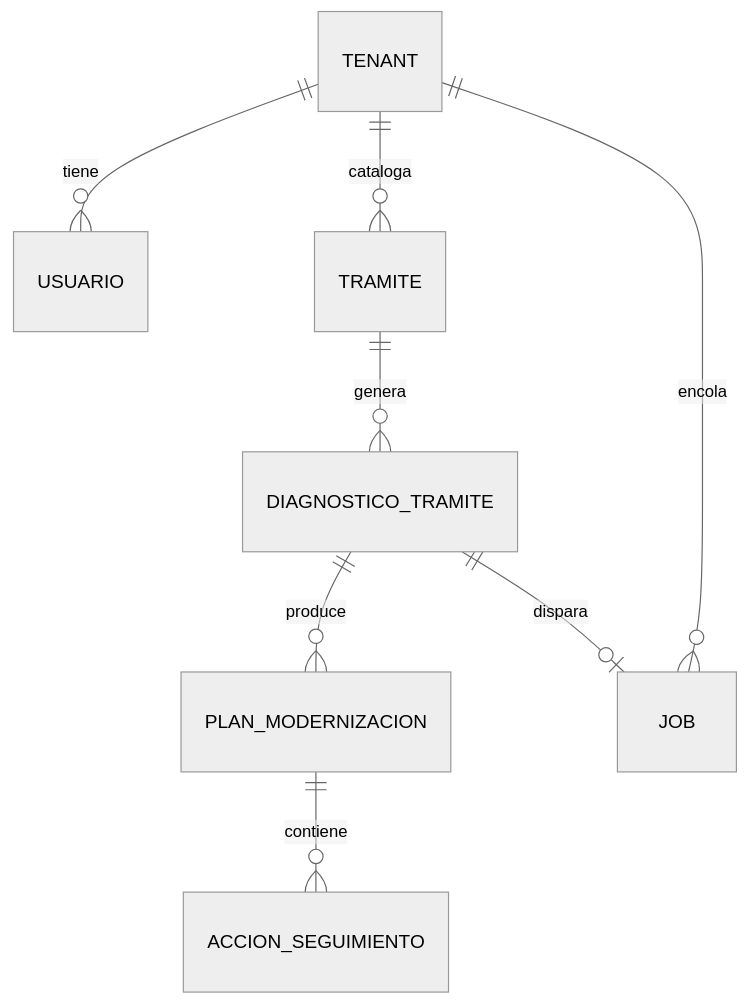
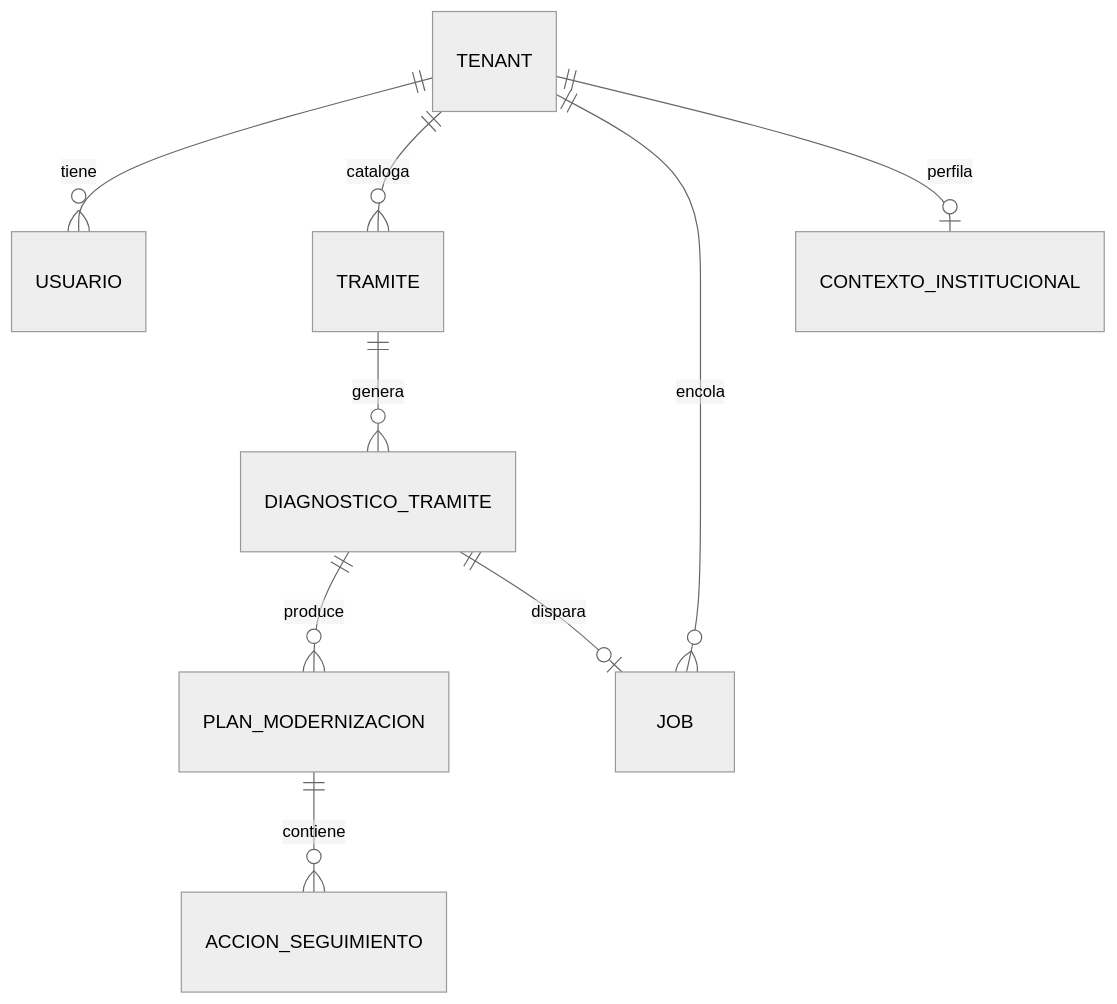
The diagram in docs/backend-schema.md (devdca/DiagMuni), drawn with Mermaid (neutral theme) before and after one commit. The commit also changed other lines of this file and 26 other files, not shown here.

````diff
--- a/docs/backend-schema.md
+++ b/docs/backend-schema.md
@@ -8,10 +8,11 @@
 ```mermaid
 erDiagram
     TENANT ||--o{ USUARIO : tiene
     TENANT ||--o{ TRAMITE : cataloga
     TRAMITE ||--o{ DIAGNOSTICO_TRAMITE : genera
     DIAGNOSTICO_TRAMITE ||--o{ PLAN_MODERNIZACION : produce
     PLAN_MODERNIZACION ||--o{ ACCION_SEGUIMIENTO : contiene
     TENANT ||--o{ JOB : encola
     DIAGNOSTICO_TRAMITE ||--o| JOB : dispara
+    TENANT ||--o| CONTEXTO_INSTITUCIONAL : perfila
 ```
````
